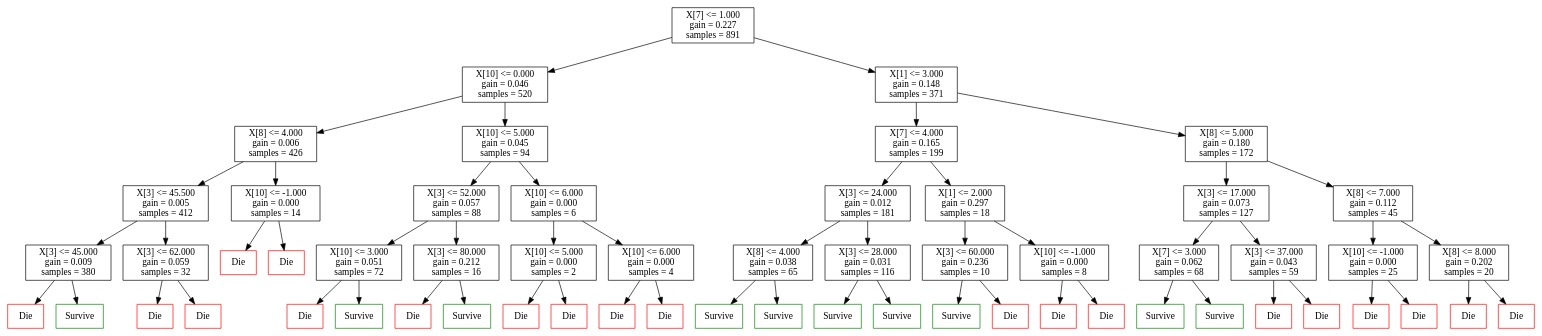
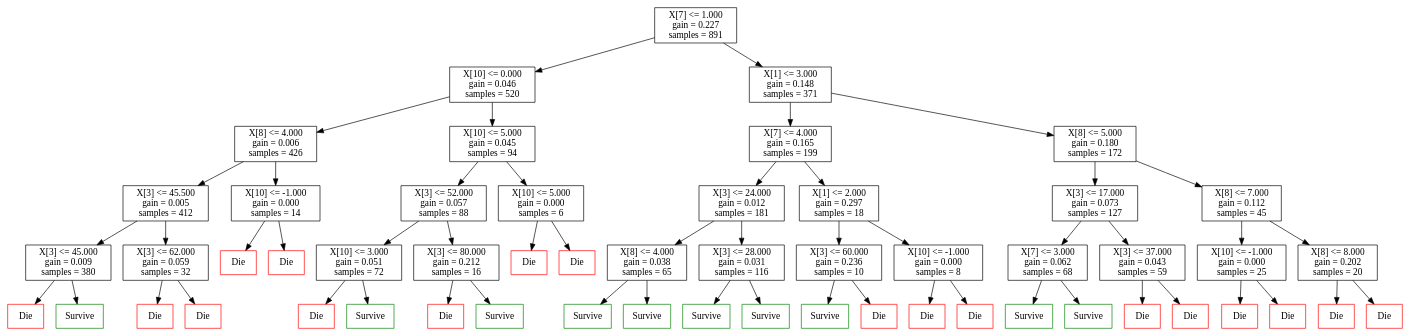
Before and after one commit to aM3z/titanic: the diagram in model/viz/tree.dot, drawn with Graphviz. The commit also changed 4 other files, not shown here.

```diff
--- a/model/viz/tree.dot
+++ b/model/viz/tree.dot
@@ -1,120 +1,112 @@
-digraph Tree {
+digraph prof {
 node [shape=box] ;
-1494636230.006117 [label="X[7] <= 1.000\ngain = 0.227\nsamples = 891"] ;
-1494636230.0074701 [label="X[10] <= 0.000\ngain = 0.046\nsamples = 520"] ;
-1494636230.006117 -> 1494636230.0074701 ;
-1494636230.008688 [label="X[8] <= 4.000\ngain = 0.006\nsamples = 426"] ;
-1494636230.0074701 -> 1494636230.008688 ;
-1494636230.0100558 [label="X[3] <= 45.500\ngain = 0.005\nsamples = 412"] ;
-1494636230.008688 -> 1494636230.0100558 ;
-1494636230.0115073 [label="X[3] <= 45.000\ngain = 0.009\nsamples = 380"] ;
-1494636230.0100558 -> 1494636230.0115073 ;
-1494636230.012718 [label = "Die", color = red] ;
-1494636230.0115073 -> 1494636230.012718 ;
-1494636230.0140922 [label = "Survive", color = green] ;
-1494636230.0115073 -> 1494636230.0140922 ;
-1494636230.0154839 [label="X[3] <= 62.000\ngain = 0.059\nsamples = 32"] ;
-1494636230.0100558 -> 1494636230.0154839 ;
-1494636230.0168402 [label = "Die", color = red] ;
-1494636230.0154839 -> 1494636230.0168402 ;
-1494636230.0181775 [label = "Die", color = red] ;
-1494636230.0154839 -> 1494636230.0181775 ;
-1494636230.019525 [label="X[10] <= -1.000\ngain = 0.000\nsamples = 14"] ;
-1494636230.008688 -> 1494636230.019525 ;
-1494636230.0208902 [label = "Die", color = red] ;
-1494636230.019525 -> 1494636230.0208902 ;
-1494636230.022542 [label = "Die", color = red] ;
-1494636230.019525 -> 1494636230.022542 ;
-1494636230.0240498 [label="X[10] <= 5.000\ngain = 0.045\nsamples = 94"] ;
-1494636230.0074701 -> 1494636230.0240498 ;
-1494636230.0253856 [label="X[3] <= 52.000\ngain = 0.057\nsamples = 88"] ;
-1494636230.0240498 -> 1494636230.0253856 ;
-1494636230.0265915 [label="X[10] <= 3.000\ngain = 0.051\nsamples = 72"] ;
-1494636230.0253856 -> 1494636230.0265915 ;
-1494636230.0278897 [label = "Die", color = red] ;
-1494636230.0265915 -> 1494636230.0278897 ;
-1494636230.029265 [label = "Survive", color = green] ;
-1494636230.0265915 -> 1494636230.029265 ;
-1494636230.0305035 [label="X[3] <= 80.000\ngain = 0.212\nsamples = 16"] ;
-1494636230.0253856 -> 1494636230.0305035 ;
-1494636230.031781 [label = "Die", color = red] ;
-1494636230.0305035 -> 1494636230.031781 ;
-1494636230.0329819 [label = "Survive", color = green] ;
-1494636230.0305035 -> 1494636230.0329819 ;
-1494636230.0341766 [label="X[10] <= 6.000\ngain = 0.000\nsamples = 6"] ;
-1494636230.0240498 -> 1494636230.0341766 ;
-1494636230.0353703 [label="X[10] <= 5.000\ngain = 0.000\nsamples = 2"] ;
-1494636230.0341766 -> 1494636230.0353703 ;
-1494636230.0365767 [label = "Die", color = red] ;
-1494636230.0353703 -> 1494636230.0365767 ;
-1494636230.0378108 [label = "Die", color = red] ;
-1494636230.0353703 -> 1494636230.0378108 ;
-1494636230.0392041 [label="X[10] <= 6.000\ngain = 0.000\nsamples = 4"] ;
-1494636230.0341766 -> 1494636230.0392041 ;
-1494636230.0404737 [label = "Die", color = red] ;
-1494636230.0392041 -> 1494636230.0404737 ;
-1494636230.0428483 [label = "Die", color = red] ;
-1494636230.0392041 -> 1494636230.0428483 ;
-1494636230.0441577 [label="X[1] <= 3.000\ngain = 0.148\nsamples = 371"] ;
-1494636230.006117 -> 1494636230.0441577 ;
-1494636230.0470552 [label="X[7] <= 4.000\ngain = 0.165\nsamples = 199"] ;
-1494636230.0441577 -> 1494636230.0470552 ;
-1494636230.0482078 [label="X[3] <= 24.000\ngain = 0.012\nsamples = 181"] ;
-1494636230.0470552 -> 1494636230.0482078 ;
-1494636230.0493577 [label="X[8] <= 4.000\ngain = 0.038\nsamples = 65"] ;
-1494636230.0482078 -> 1494636230.0493577 ;
-1494636230.0505168 [label = "Survive", color = green] ;
-1494636230.0493577 -> 1494636230.0505168 ;
-1494636230.0516717 [label = "Survive", color = green] ;
-1494636230.0493577 -> 1494636230.0516717 ;
-1494636230.0528314 [label="X[3] <= 28.000\ngain = 0.031\nsamples = 116"] ;
-1494636230.0482078 -> 1494636230.0528314 ;
-1494636230.0540314 [label = "Survive", color = green] ;
-1494636230.0528314 -> 1494636230.0540314 ;
-1494636230.0552192 [label = "Survive", color = green] ;
-1494636230.0528314 -> 1494636230.0552192 ;
-1494636230.0564067 [label="X[1] <= 2.000\ngain = 0.297\nsamples = 18"] ;
-1494636230.0470552 -> 1494636230.0564067 ;
-1494636230.0576303 [label="X[3] <= 60.000\ngain = 0.236\nsamples = 10"] ;
-1494636230.0564067 -> 1494636230.0576303 ;
-1494636230.0588152 [label = "Survive", color = green] ;
-1494636230.0576303 -> 1494636230.0588152 ;
-1494636230.0599875 [label = "Die", color = red] ;
-1494636230.0576303 -> 1494636230.0599875 ;
-1494636230.0611522 [label="X[10] <= -1.000\ngain = 0.000\nsamples = 8"] ;
-1494636230.0564067 -> 1494636230.0611522 ;
-1494636230.062325 [label = "Die", color = red] ;
-1494636230.0611522 -> 1494636230.062325 ;
-1494636230.0634418 [label = "Die", color = red] ;
-1494636230.0611522 -> 1494636230.0634418 ;
-1494636230.0645957 [label="X[8] <= 5.000\ngain = 0.180\nsamples = 172"] ;
-1494636230.0441577 -> 1494636230.0645957 ;
-1494636230.0658877 [label="X[3] <= 17.000\ngain = 0.073\nsamples = 127"] ;
-1494636230.0645957 -> 1494636230.0658877 ;
-1494636230.0670469 [label="X[7] <= 3.000\ngain = 0.062\nsamples = 68"] ;
-1494636230.0658877 -> 1494636230.0670469 ;
-1494636230.0682101 [label = "Survive", color = green] ;
-1494636230.0670469 -> 1494636230.0682101 ;
-1494636230.069661 [label = "Survive", color = green] ;
-1494636230.0670469 -> 1494636230.069661 ;
-1494636230.0708425 [label="X[3] <= 37.000\ngain = 0.043\nsamples = 59"] ;
-1494636230.0658877 -> 1494636230.0708425 ;
-1494636230.0720177 [label = "Die", color = red] ;
-1494636230.0708425 -> 1494636230.0720177 ;
-1494636230.0731697 [label = "Die", color = red] ;
-1494636230.0708425 -> 1494636230.0731697 ;
-1494636230.0743387 [label="X[8] <= 7.000\ngain = 0.112\nsamples = 45"] ;
-1494636230.0645957 -> 1494636230.0743387 ;
-1494636230.0755115 [label="X[10] <= -1.000\ngain = 0.000\nsamples = 25"] ;
-1494636230.0743387 -> 1494636230.0755115 ;
-1494636230.0766869 [label = "Die", color = red] ;
-1494636230.0755115 -> 1494636230.0766869 ;
-1494636230.0778391 [label = "Die", color = red] ;
-1494636230.0755115 -> 1494636230.0778391 ;
-1494636230.0789938 [label="X[8] <= 8.000\ngain = 0.202\nsamples = 20"] ;
-1494636230.0743387 -> 1494636230.0789938 ;
-1494636230.0801659 [label = "Die", color = red] ;
-1494636230.0789938 -> 1494636230.0801659 ;
-1494636230.081323 [label = "Die", color = red] ;
-1494636230.0789938 -> 1494636230.081323 ;
+1494636954.7067153 [label="X[7] <= 1.000\ngain = 0.227\nsamples = 891"] ;
+1494636954.7079186 [label="X[10] <= 0.000\ngain = 0.046\nsamples = 520"] ;
+1494636954.7067153 -> 1494636954.7079186 ;
+1494636954.7094488 [label="X[8] <= 4.000\ngain = 0.006\nsamples = 426"] ;
+1494636954.7079186 -> 1494636954.7094488 ;
+1494636954.7106533 [label="X[3] <= 45.500\ngain = 0.005\nsamples = 412"] ;
+1494636954.7094488 -> 1494636954.7106533 ;
+1494636954.7118359 [label="X[3] <= 45.000\ngain = 0.009\nsamples = 380"] ;
+1494636954.7106533 -> 1494636954.7118359 ;
+1494636954.7130103 [label = "Die", color = red] ;
+1494636954.7118359 -> 1494636954.7130103 ;
+1494636954.7141788 [label = "Survive", color = green] ;
+1494636954.7118359 -> 1494636954.7141788 ;
+1494636954.7153535 [label="X[3] <= 62.000\ngain = 0.059\nsamples = 32"] ;
+1494636954.7106533 -> 1494636954.7153535 ;
+1494636954.7165332 [label = "Die", color = red] ;
+1494636954.7153535 -> 1494636954.7165332 ;
+1494636954.717696 [label = "Die", color = red] ;
+1494636954.7153535 -> 1494636954.717696 ;
+1494636954.7190125 [label="X[10] <= -1.000\ngain = 0.000\nsamples = 14"] ;
+1494636954.7094488 -> 1494636954.7190125 ;
+1494636954.7202082 [label = "Die", color = red] ;
+1494636954.7190125 -> 1494636954.7202082 ;
+1494636954.7213764 [label = "Die", color = red] ;
+1494636954.7190125 -> 1494636954.7213764 ;
+1494636954.7225664 [label="X[10] <= 5.000\ngain = 0.045\nsamples = 94"] ;
+1494636954.7079186 -> 1494636954.7225664 ;
+1494636954.7237773 [label="X[3] <= 52.000\ngain = 0.057\nsamples = 88"] ;
+1494636954.7225664 -> 1494636954.7237773 ;
+1494636954.725003 [label="X[10] <= 3.000\ngain = 0.051\nsamples = 72"] ;
+1494636954.7237773 -> 1494636954.725003 ;
+1494636954.7262144 [label = "Die", color = red] ;
+1494636954.725003 -> 1494636954.7262144 ;
+1494636954.7273817 [label = "Survive", color = green] ;
+1494636954.725003 -> 1494636954.7273817 ;
+1494636954.728548 [label="X[3] <= 80.000\ngain = 0.212\nsamples = 16"] ;
+1494636954.7237773 -> 1494636954.728548 ;
+1494636954.729729 [label = "Die", color = red] ;
+1494636954.728548 -> 1494636954.729729 ;
+1494636954.7308903 [label = "Survive", color = green] ;
+1494636954.728548 -> 1494636954.7308903 ;
+1494636954.7320776 [label="X[10] <= 5.000\ngain = 0.000\nsamples = 6"] ;
+1494636954.7225664 -> 1494636954.7320776 ;
+1494636954.7333987 [label = "Die", color = red] ;
+1494636954.7320776 -> 1494636954.7333987 ;
+1494636954.734574 [label = "Die", color = red] ;
+1494636954.7320776 -> 1494636954.734574 ;
+1494636954.7357678 [label="X[1] <= 3.000\ngain = 0.148\nsamples = 371"] ;
+1494636954.7067153 -> 1494636954.7357678 ;
+1494636954.736966 [label="X[7] <= 4.000\ngain = 0.165\nsamples = 199"] ;
+1494636954.7357678 -> 1494636954.736966 ;
+1494636954.7381706 [label="X[3] <= 24.000\ngain = 0.012\nsamples = 181"] ;
+1494636954.736966 -> 1494636954.7381706 ;
+1494636954.7393544 [label="X[8] <= 4.000\ngain = 0.038\nsamples = 65"] ;
+1494636954.7381706 -> 1494636954.7393544 ;
+1494636954.7405527 [label = "Survive", color = green] ;
+1494636954.7393544 -> 1494636954.7405527 ;
+1494636954.7417498 [label = "Survive", color = green] ;
+1494636954.7393544 -> 1494636954.7417498 ;
+1494636954.7429233 [label="X[3] <= 28.000\ngain = 0.031\nsamples = 116"] ;
+1494636954.7381706 -> 1494636954.7429233 ;
+1494636954.744127 [label = "Survive", color = green] ;
+1494636954.7429233 -> 1494636954.744127 ;
+1494636954.7452898 [label = "Survive", color = green] ;
+1494636954.7429233 -> 1494636954.7452898 ;
+1494636954.7464714 [label="X[1] <= 2.000\ngain = 0.297\nsamples = 18"] ;
+1494636954.736966 -> 1494636954.7464714 ;
+1494636954.7476587 [label="X[3] <= 60.000\ngain = 0.236\nsamples = 10"] ;
+1494636954.7464714 -> 1494636954.7476587 ;
+1494636954.7488506 [label = "Survive", color = green] ;
+1494636954.7476587 -> 1494636954.7488506 ;
+1494636954.750053 [label = "Die", color = red] ;
+1494636954.7476587 -> 1494636954.750053 ;
+1494636954.7512248 [label="X[10] <= -1.000\ngain = 0.000\nsamples = 8"] ;
+1494636954.7464714 -> 1494636954.7512248 ;
+1494636954.7524192 [label = "Die", color = red] ;
+1494636954.7512248 -> 1494636954.7524192 ;
+1494636954.7535808 [label = "Die", color = red] ;
+1494636954.7512248 -> 1494636954.7535808 ;
+1494636954.7547717 [label="X[8] <= 5.000\ngain = 0.180\nsamples = 172"] ;
+1494636954.7357678 -> 1494636954.7547717 ;
+1494636954.7559588 [label="X[3] <= 17.000\ngain = 0.073\nsamples = 127"] ;
+1494636954.7547717 -> 1494636954.7559588 ;
+1494636954.7571387 [label="X[7] <= 3.000\ngain = 0.062\nsamples = 68"] ;
+1494636954.7559588 -> 1494636954.7571387 ;
+1494636954.7583232 [label = "Survive", color = green] ;
+1494636954.7571387 -> 1494636954.7583232 ;
+1494636954.7596939 [label = "Survive", color = green] ;
+1494636954.7571387 -> 1494636954.7596939 ;
+1494636954.7608764 [label="X[3] <= 37.000\ngain = 0.043\nsamples = 59"] ;
+1494636954.7559588 -> 1494636954.7608764 ;
+1494636954.7620773 [label = "Die", color = red] ;
+1494636954.7608764 -> 1494636954.7620773 ;
+1494636954.763446 [label = "Die", color = red] ;
+1494636954.7608764 -> 1494636954.763446 ;
+1494636954.7646453 [label="X[8] <= 7.000\ngain = 0.112\nsamples = 45"] ;
+1494636954.7547717 -> 1494636954.7646453 ;
+1494636954.765969 [label="X[10] <= -1.000\ngain = 0.000\nsamples = 25"] ;
+1494636954.7646453 -> 1494636954.765969 ;
+1494636954.7672772 [label = "Die", color = red] ;
+1494636954.765969 -> 1494636954.7672772 ;
+1494636954.7687063 [label = "Die", color = red] ;
+1494636954.765969 -> 1494636954.7687063 ;
+1494636954.770034 [label="X[8] <= 8.000\ngain = 0.202\nsamples = 20"] ;
+1494636954.7646453 -> 1494636954.770034 ;
+1494636954.771411 [label = "Die", color = red] ;
+1494636954.770034 -> 1494636954.771411 ;
+1494636954.7727883 [label = "Die", color = red] ;
+1494636954.770034 -> 1494636954.7727883 ;
 }
```
